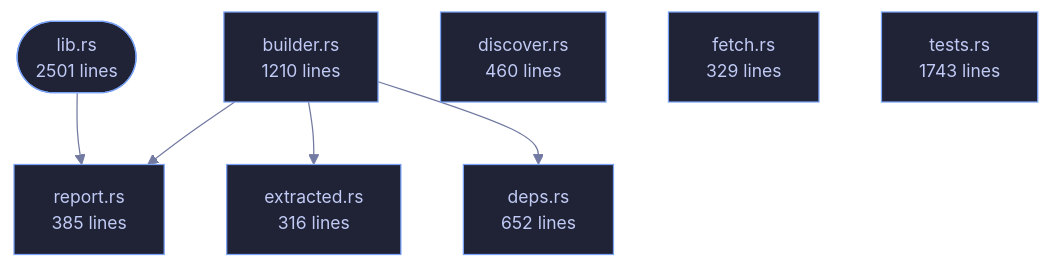
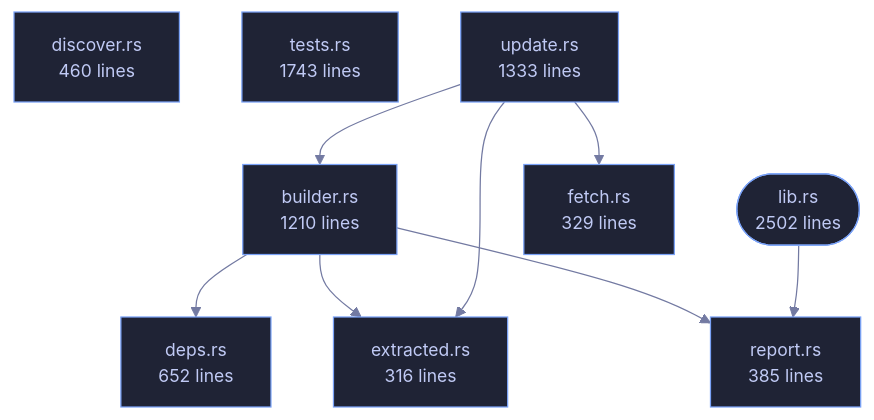
The diagram in crates/veilvoice-verify/README.md (tilas01/veilvoice), drawn with Mermaid before and after one commit. The commit also changed other lines of this file and 115 other files, not shown here.

````diff
--- a/crates/veilvoice-verify/README.md
+++ b/crates/veilvoice-verify/README.md
@@ -93,24 +93,29 @@
 ```mermaid
 %%{init: {"theme":"base","themeVariables":{"background":"#1a1b26","primaryColor":"#1f2335","primaryTextColor":"#c0caf5","primaryBorderColor":"#7aa2f7","secondaryColor":"#16161e","tertiaryColor":"#16161e","lineColor":"#737aa2","textColor":"#c0caf5","mainBkg":"#1f2335","nodeBorder":"#7aa2f7","clusterBkg":"#16161e","clusterBorder":"#2f3549","fontFamily":"ui-monospace, SFMono-Regular, Consolas, monospace","fontSize":"14px"}}}%%
 flowchart TD
-    n_lib(["lib.rs<br/>2501 lines"])
+    n_lib(["lib.rs<br/>2502 lines"])
     n_builder["builder.rs<br/>1210 lines"]
     n_deps["deps.rs<br/>652 lines"]
     n_discover["discover.rs<br/>460 lines"]
     n_extracted["extracted.rs<br/>316 lines"]
     n_fetch["fetch.rs<br/>329 lines"]
     n_report["report.rs<br/>385 lines"]
     n_tests["tests.rs<br/>1743 lines"]
+    n_update["update.rs<br/>1333 lines"]
     n_builder --> n_deps
     n_builder --> n_extracted
     n_builder --> n_report
     n_lib --> n_report
+    n_update --> n_builder
+    n_update --> n_extracted
+    n_update --> n_fetch
     click n_lib href "https://github.com/tilas01/veilvoice/blob/main/crates/veilvoice-verify/src/lib.rs" "open the source"
     click n_builder href "https://github.com/tilas01/veilvoice/blob/main/crates/veilvoice-verify/src/builder.rs" "open the source"
     click n_deps href "https://github.com/tilas01/veilvoice/blob/main/crates/veilvoice-verify/src/deps.rs" "open the source"
     click n_discover href "https://github.com/tilas01/veilvoice/blob/main/crates/veilvoice-verify/src/discover.rs" "open the source"
     click n_extracted href "https://github.com/tilas01/veilvoice/blob/main/crates/veilvoice-verify/src/extracted.rs" "open the source"
     click n_fetch href "https://github.com/tilas01/veilvoice/blob/main/crates/veilvoice-verify/src/fetch.rs" "open the source"
     click n_report href "https://github.com/tilas01/veilvoice/blob/main/crates/veilvoice-verify/src/report.rs" "open the source"
     click n_tests href "https://github.com/tilas01/veilvoice/blob/main/crates/veilvoice-verify/src/tests.rs" "open the source"
+    click n_update href "https://github.com/tilas01/veilvoice/blob/main/crates/veilvoice-verify/src/update.rs" "open the source"
 ```
````
